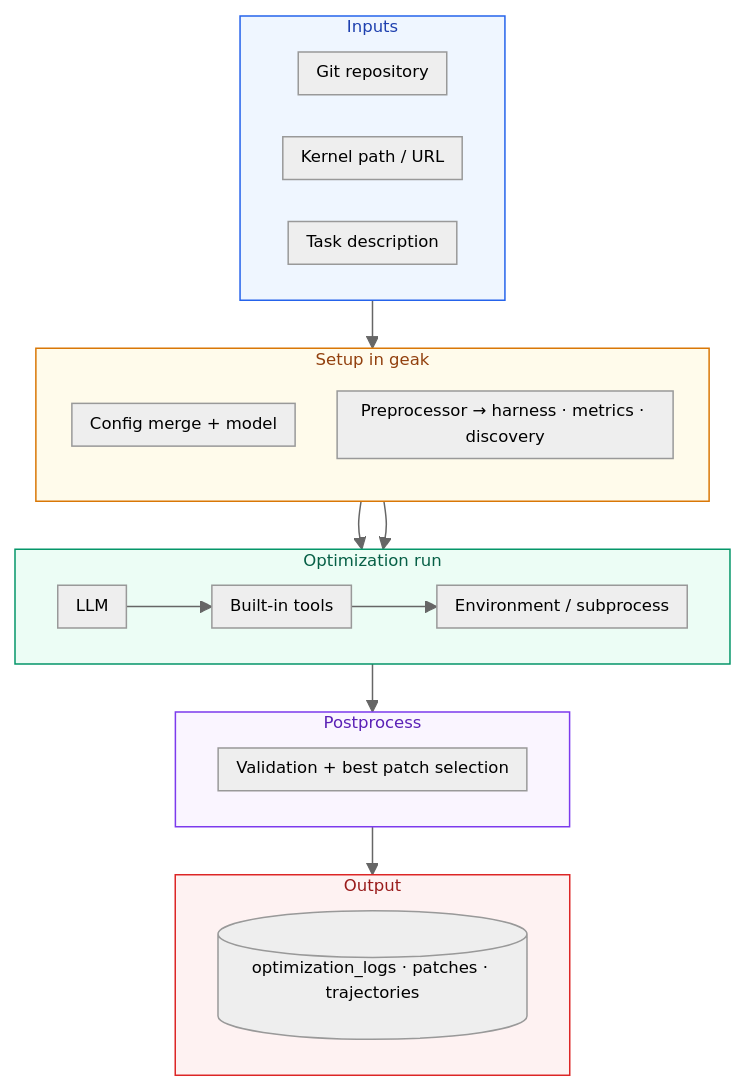
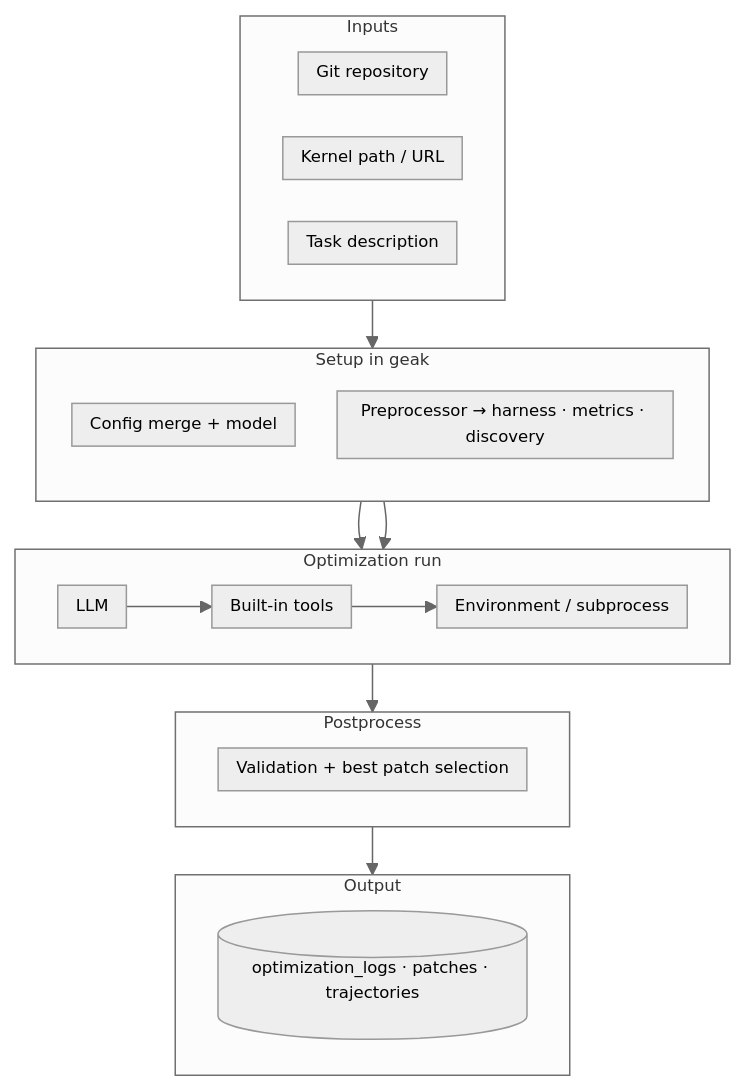
Before and after one commit to Bsgg1/GEAK: the diagram in README.md, drawn with Mermaid. The commit also changed other lines of this file and 2 other files, not shown here.

First line of the commit message:
docs: fix config merge order, mermaid dark-mode, and markdown formatting

````diff
--- a/README.md
+++ b/README.md
@@ -15,44 +15,38 @@
 ```mermaid
 %%{init: {"theme": "neutral", "flowchart": {"curve": "basis", "padding": 6, "nodeSpacing": 28, "rankSpacing": 32}, "themeVariables": {"fontSize": "11px", "fontFamily": "ui-sans-serif, system-ui, sans-serif"}}}%%
 flowchart TB
   subgraph Inputs
     direction LR
     R[Git repository]
     K[Kernel path / URL]
     T[Task description]
   end
 
   subgraph Setup["Setup in geak"]
     direction TB
     CFG[Config merge + model]
     PRE[Preprocessor → harness · metrics · discovery]
   end
 
   subgraph OptRun["Optimization run"]
     direction LR
     LLM[LLM]
     TOOL[Built-in tools]
     ENV[Environment / subprocess]
     LLM --> TOOL --> ENV
   end
 
   subgraph POSTPROC["Postprocess"]
     SEL[Validation + best patch selection]
   end
 
   subgraph OUT["Output"]
     OP[(optimization_logs · patches · trajectories)]
   end
 
   Inputs --> Setup
   CFG --> OptRun
   PRE --> OptRun
   OptRun --> POSTPROC
   POSTPROC --> OUT
-
-  style Inputs fill:#eff6ff,stroke:#2563eb,stroke-width:1px,color:#1e40af
-  style Setup fill:#fffbeb,stroke:#d97706,stroke-width:1px,color:#92400e
-  style OptRun fill:#ecfdf5,stroke:#059669,stroke-width:1px,color:#065f46
-  style POSTPROC fill:#faf5ff,stroke:#7c3aed,stroke-width:1px,color:#5b21b6
-  style OUT fill:#fef2f2,stroke:#dc2626,stroke-width:1px,color:#991b1b
 ```
````
